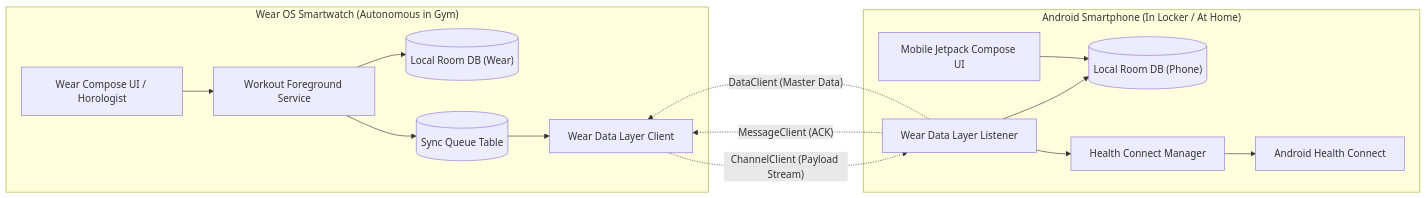
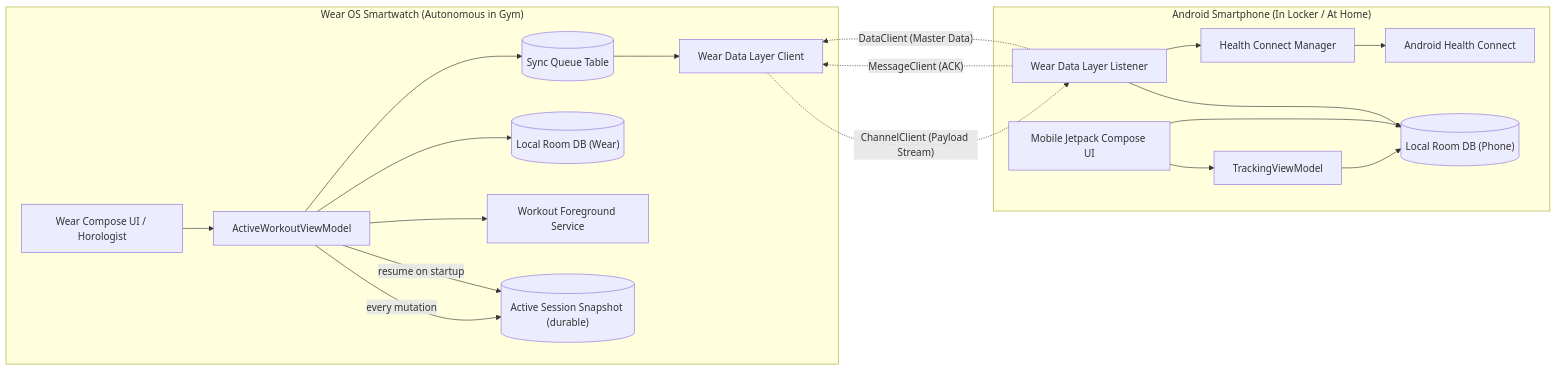
One commit to christian98b/LockerLift changed the first of 4 diagrams in ARCHITECTURE.md. Above: the diagram before and after it, drawn with Mermaid. The commit also changed 2 other files, not shown here.

Commit message:
docs(project): document architecture hardening and fix data flow diagram
- Add feature-history file 36 (durable sessions, MVVM, module boundary)
  with files, tests and known follow-ups, and index it in the README
- Correct the ARCHITECTURE.md data flow diagram: the ViewModels own
  session persistence (durable active session snapshot on every
  mutation, resume on startup), the foreground service keeps the
  process alive; phone side shows the TrackingViewModel between UI and
  the local database

Generated by Mistral Vibe.

````diff
--- a/ARCHITECTURE.md
+++ b/ARCHITECTURE.md
@@ -18,32 +18,40 @@
 ```mermaid
 flowchart LR
     subgraph WearOS ["Wear OS Smartwatch (Autonomous in Gym)"]
         UI_Wear["Wear Compose UI / Horologist"]
+        VM_Wear["ActiveWorkoutViewModel"]
         FG_Service["Workout Foreground Service"]
         DB_Wear[("Local Room DB (Wear)")]
+        Active_State[("Active Session Snapshot (durable)")]
         Sync_Queue[("Sync Queue Table")]
         Wear_Sync["Wear Data Layer Client"]
         
-        UI_Wear --> FG_Service
-        FG_Service --> DB_Wear
-        FG_Service --> Sync_Queue
+        UI_Wear --> VM_Wear
+        VM_Wear -- "every mutation" --> Active_State
+        VM_Wear -- "resume on startup" --> Active_State
+        VM_Wear --> FG_Service
+        VM_Wear --> DB_Wear
+        VM_Wear --> Sync_Queue
         Sync_Queue --> Wear_Sync
     end
 
     subgraph Phone ["Android Smartphone (In Locker / At Home)"]
         Mobile_Sync["Wear Data Layer Listener"]
         DB_Mobile[("Local Room DB (Phone)")]
+        VM_Mobile["TrackingViewModel"]
         UI_Mobile["Mobile Jetpack Compose UI"]
         HC_Bridge["Health Connect Manager"]
         HC_API["Android Health Connect"]
         
+        UI_Mobile --> VM_Mobile
+        VM_Mobile --> DB_Mobile
         Mobile_Sync --> DB_Mobile
         Mobile_Sync --> HC_Bridge
         HC_Bridge --> HC_API
         UI_Mobile --> DB_Mobile
     end
 
     Wear_Sync -.->|"ChannelClient (Payload Stream)"| Mobile_Sync
     Mobile_Sync -.->|"MessageClient (ACK)"| Wear_Sync
     Mobile_Sync -.->|"DataClient (Master Data)"| Wear_Sync
 ```
````
